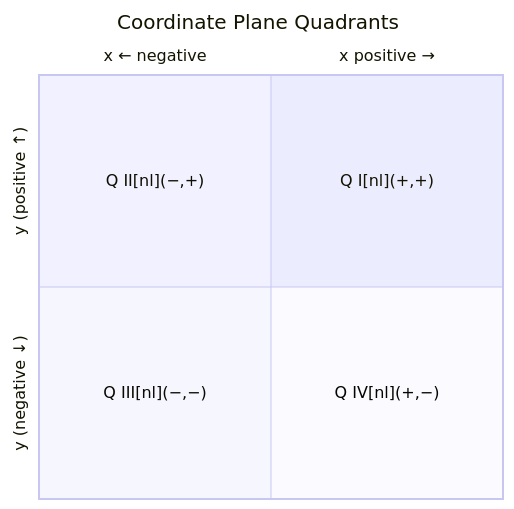
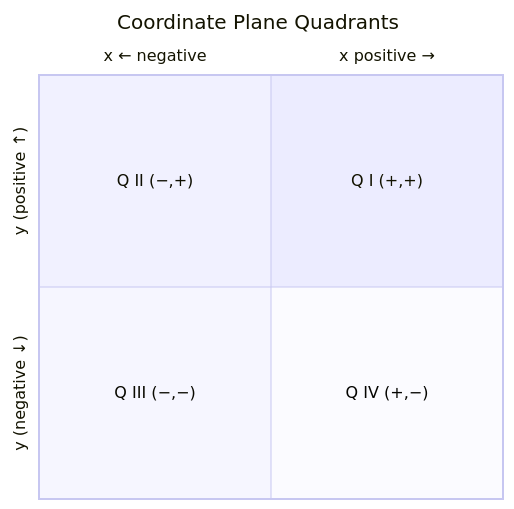
Before and after one commit to oat431/general-knowledge: the diagram in Mathematics/16_Coordinate_Plane.md, drawn with Mermaid. The commit also changed 13 other files, not shown here.

````diff
--- a/Mathematics/16_Coordinate_Plane.md
+++ b/Mathematics/16_Coordinate_Plane.md
@@ -66,10 +66,10 @@
 ```mermaid
 quadrantChart
     title Coordinate Plane Quadrants
     x-axis "x ← negative" --> "x positive →"
     y-axis "y (negative ↓)" --> "y (positive ↑)"
-    quadrant-1 "Q I[nl](+,+)"
-    quadrant-2 "Q II[nl](−,+)"
-    quadrant-3 "Q III[nl](−,−)"
-    quadrant-4 "Q IV[nl](+,−)"
+    quadrant-1 "Q I (+,+)"
+    quadrant-2 "Q II (−,+)"
+    quadrant-3 "Q III (−,−)"
+    quadrant-4 "Q IV (+,−)"
 ```
````
